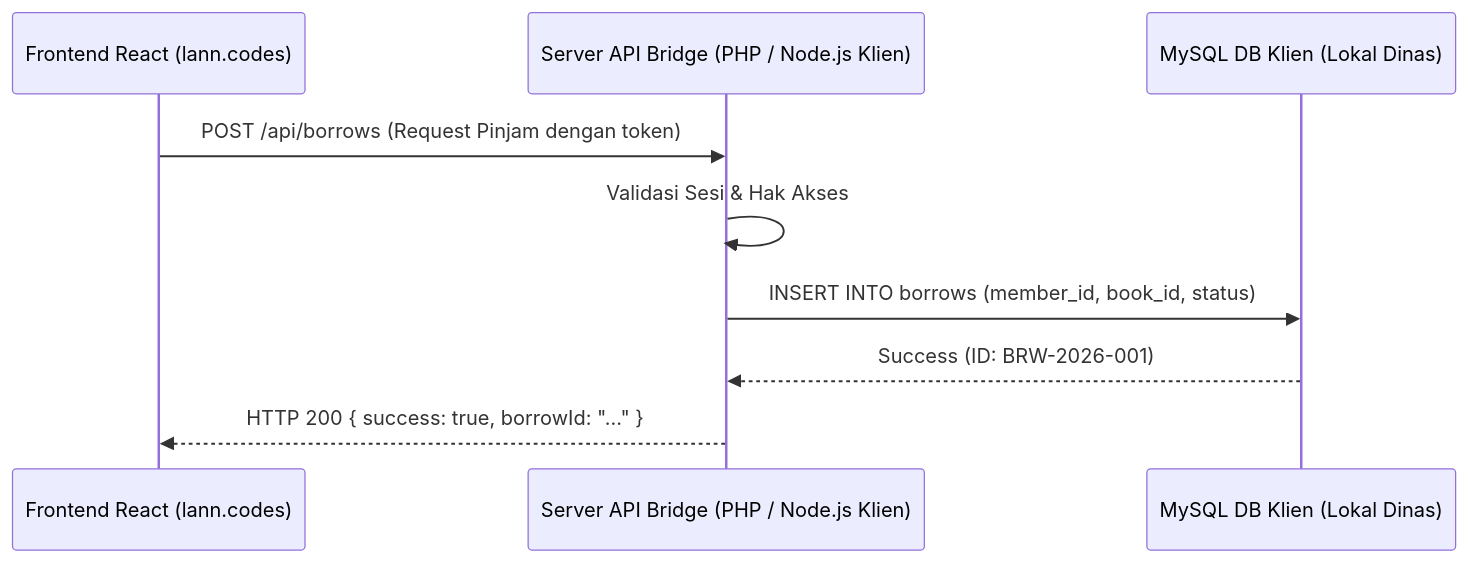
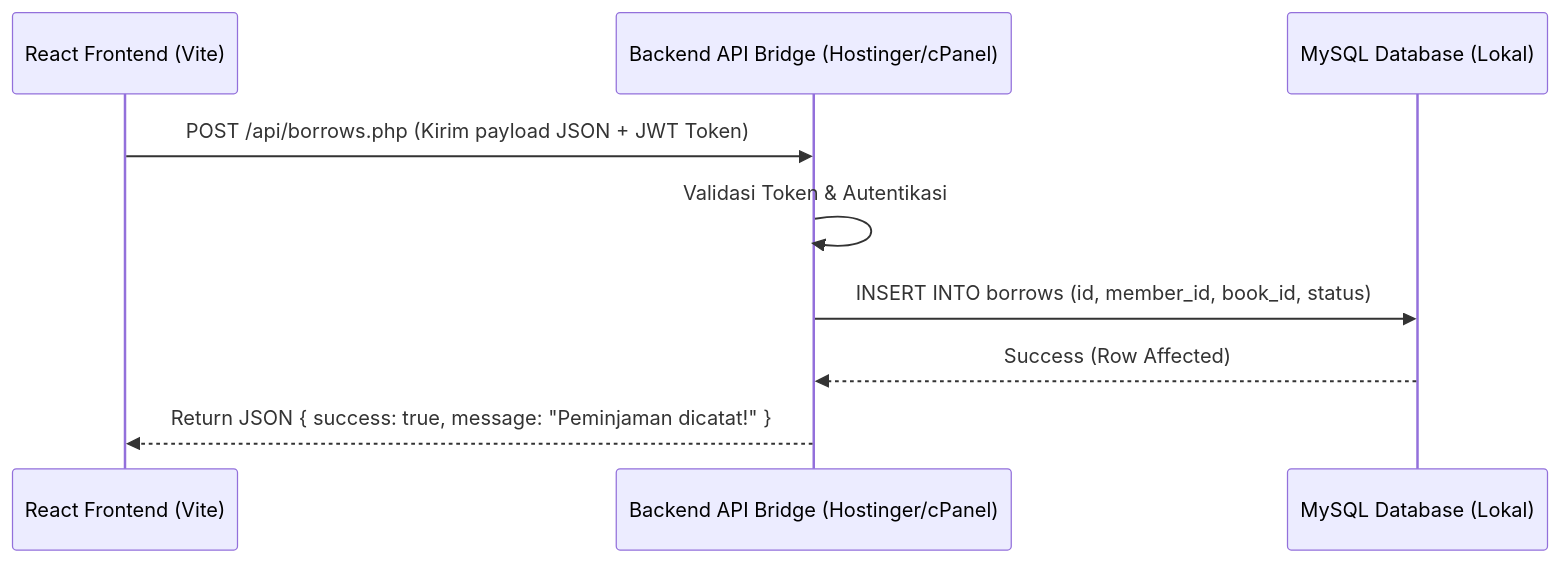
The diagram in docs/PANDUAN_MIGRASI_DATABASE.md (Rislantrs/Project-Web-Perpustakaan), drawn with Mermaid before and after one commit. The commit also changed other lines of this file and 4 other files, not shown here.

Commit message:
docs: expand database, schema, and hosting migration guides to be fully comprehensive

````diff
--- a/docs/PANDUAN_MIGRASI_DATABASE.md
+++ b/docs/PANDUAN_MIGRASI_DATABASE.md
@@ -77,12 +109,12 @@
 ```mermaid
 sequenceDiagram
-    participant FE as Frontend React (lann.codes)
-    participant API as Server API Bridge (PHP / Node.js Klien)
-    participant DB as MySQL DB Klien (Lokal Dinas)
+    participant FE as React Frontend (Vite)
+    participant API as Backend API Bridge (Hostinger/cPanel)
+    participant DB as MySQL Database (Lokal)
     
-    FE->>API: POST /api/borrows (Request Pinjam dengan token)
-    API->>API: Validasi Sesi & Hak Akses
-    API->>DB: INSERT INTO borrows (member_id, book_id, status)
-    DB-->>API: Success (ID: BRW-2026-001)
-    API-->>FE: HTTP 200 { success: true, borrowId: "..." }
+    FE->>API: POST /api/borrows.php (Kirim payload JSON + JWT Token)
+    API->>API: Validasi Token & Autentikasi
+    API->>DB: INSERT INTO borrows (id, member_id, book_id, status)
+    DB-->>API: Success (Row Affected)
+    API-->>FE: Return JSON { success: true, message: "Peminjaman dicatat!" }
 ```
````
